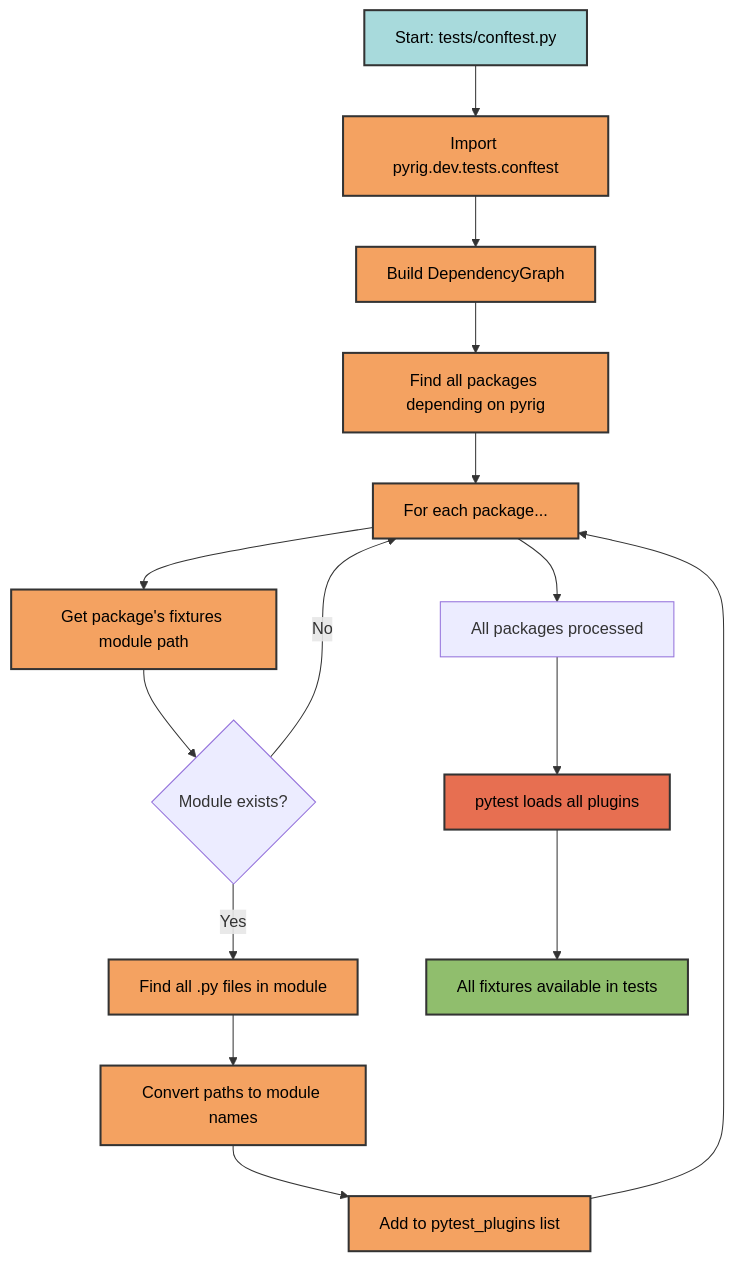
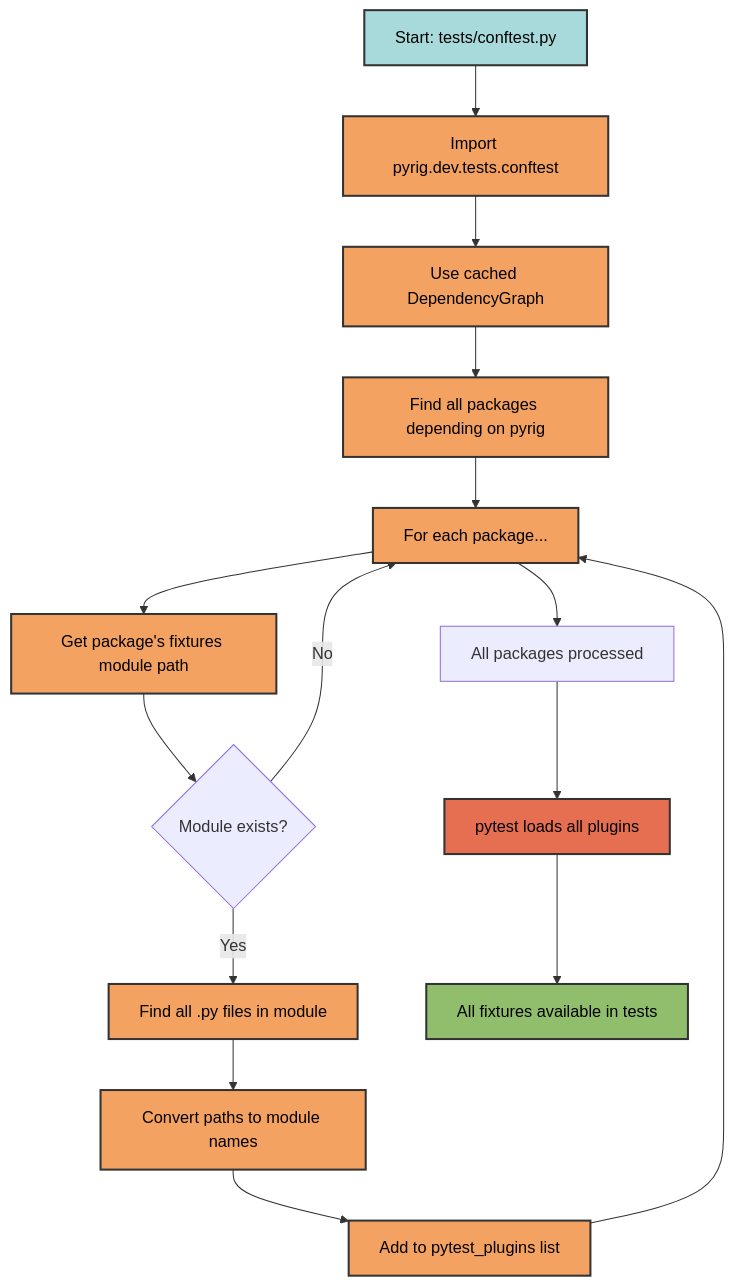
Before and after one commit to Winipedia/pyrig: the third of 3 diagrams in docs/tests/fixtures.md, drawn with Mermaid. The commit also changed 5 other files, not shown here.

````diff
--- a/docs/tests/fixtures.md
+++ b/docs/tests/fixtures.md
@@ -54,31 +54,31 @@
 ```mermaid
 graph TD
     A[Start: tests/conftest.py] --> B[Import pyrig.dev.tests.conftest]
-    B --> C[Build DependencyGraph]
+    B --> C[Use cached DependencyGraph]
     C --> D[Find all packages depending on pyrig]
     D --> E[For each package...]
 
     E --> F[Get package's fixtures module path]
     F --> G{Module exists?}
     G -->|Yes| H[Find all .py files in module]
     G -->|No| E
     H --> I[Convert paths to module names]
     I --> J[Add to pytest_plugins list]
     J --> E
 
     E --> K[All packages processed]
     K --> L[pytest loads all plugins]
     L --> M[All fixtures available in tests]
 
     style A fill:#a8dadc,stroke:#333,stroke-width:2px,color:#000
     style B fill:#f4a261,stroke:#333,stroke-width:2px,color:#000
     style C fill:#f4a261,stroke:#333,stroke-width:2px,color:#000
     style D fill:#f4a261,stroke:#333,stroke-width:2px,color:#000
     style E fill:#f4a261,stroke:#333,stroke-width:2px,color:#000
     style F fill:#f4a261,stroke:#333,stroke-width:2px,color:#000
     style H fill:#f4a261,stroke:#333,stroke-width:2px,color:#000
     style I fill:#f4a261,stroke:#333,stroke-width:2px,color:#000
     style J fill:#f4a261,stroke:#333,stroke-width:2px,color:#000
     style L fill:#e76f51,stroke:#333,stroke-width:2px,color:#000
     style M fill:#90be6d,stroke:#333,stroke-width:2px,color:#000
 ```
````
